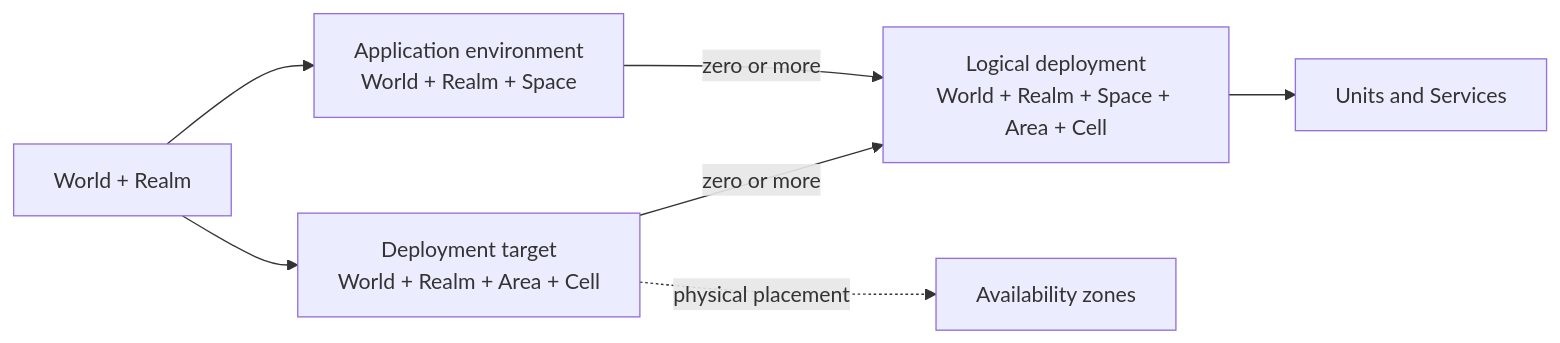
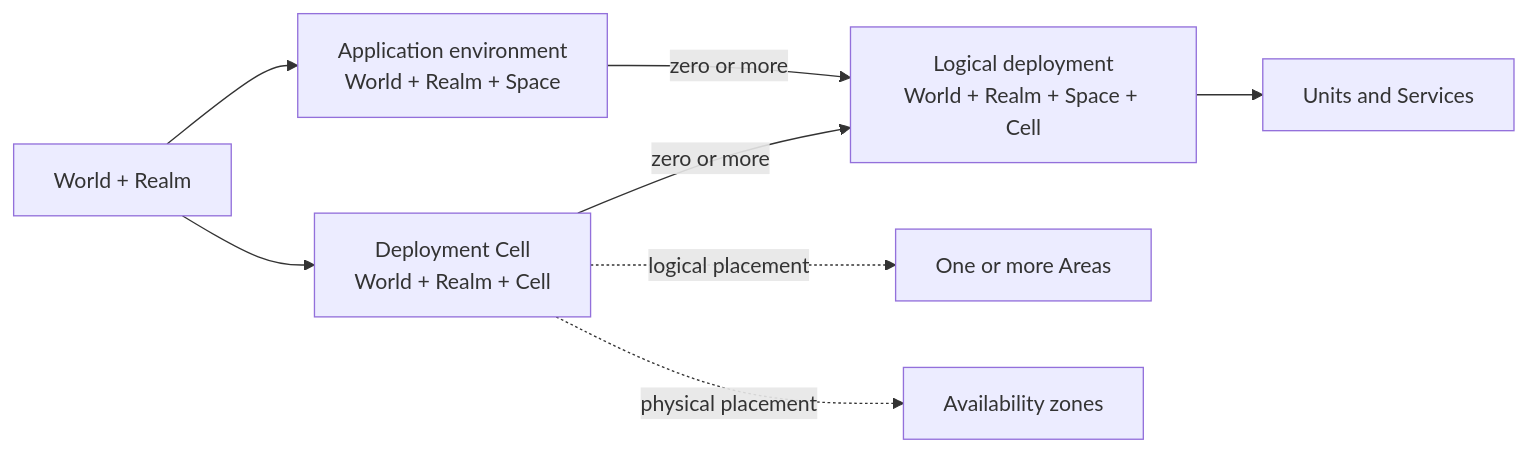
The diagram in README.md (d1ys3nk0/meridian), drawn with Mermaid before and after one commit. The commit also changed other lines of this file, not shown here.

Commit message:
Define Meridian URIs and multi-Area Cells

````diff
--- a/README.md
+++ b/README.md
@@ -42,9 +43,10 @@
 ```mermaid
 flowchart LR
     WR["World + Realm"] --> E["Application environment<br/>World + Realm + Space"]
-    WR --> C["Deployment target<br/>World + Realm + Area + Cell"]
-    E -->|zero or more| D["Logical deployment<br/>World + Realm + Space + Area + Cell"]
+    WR --> C["Deployment Cell<br/>World + Realm + Cell"]
+    E -->|zero or more| D["Logical deployment<br/>World + Realm + Space + Cell"]
     C -->|zero or more| D
     D --> U["Units and Services"]
+    C -. logical placement .-> A["One or more Areas"]
     C -. physical placement .-> Z["Availability zones"]
 ```
````
